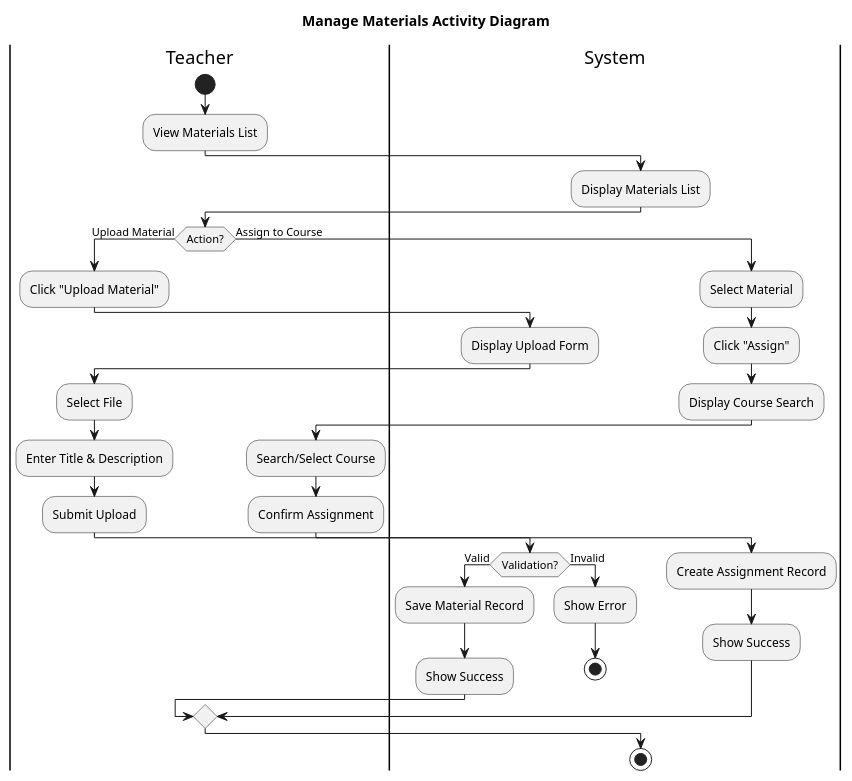
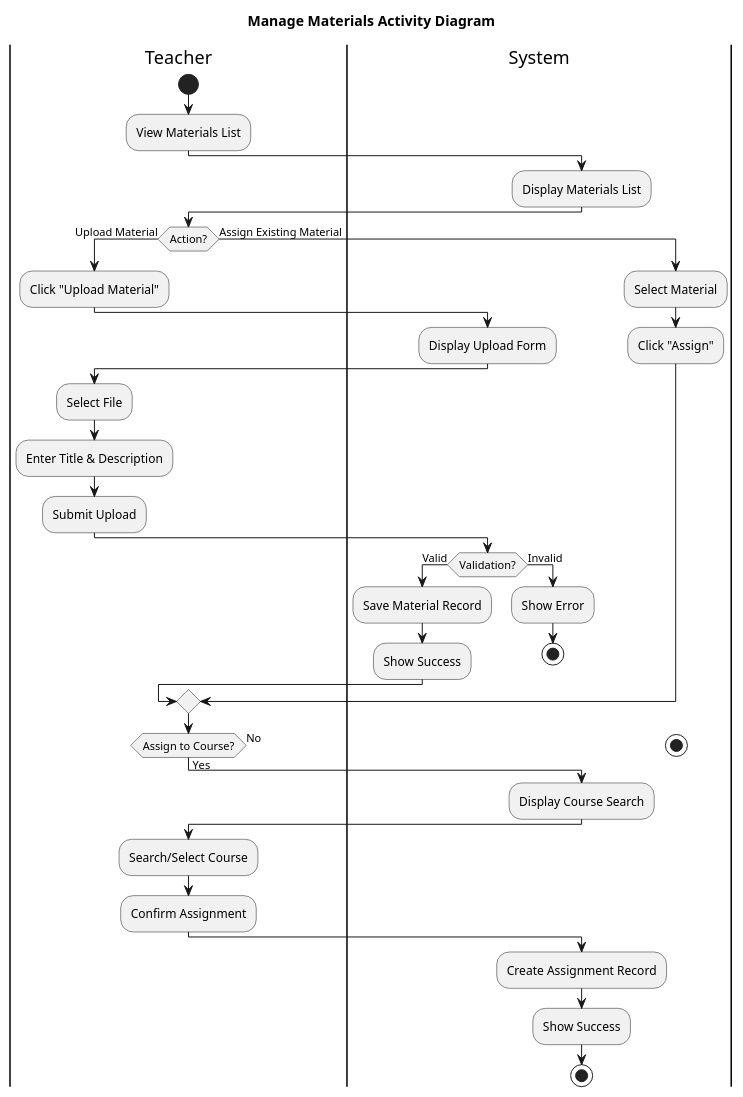
The diagram in design-summary/activity-diagram/activity-diagram-teacher-manage-materials.puml (rafifgpt21-ai/jalms), drawn with PlantUML before and after one commit. The commit also changed 20 other files, not shown here.

```diff
--- a/design-summary/activity-diagram/activity-diagram-teacher-manage-materials.puml
+++ b/design-summary/activity-diagram/activity-diagram-teacher-manage-materials.puml
@@ -1,39 +1,45 @@
 @startuml
 title Manage Materials Activity Diagram
 |Teacher|
 start
 :View Materials List;
 |System|
 :Display Materials List;
 |Teacher|
 if (Action?) then (Upload Material)
     :Click "Upload Material";
     |System|
     :Display Upload Form;
     |Teacher|
     :Select File;
     :Enter Title & Description;
     :Submit Upload;
     |System|
     if (Validation?) then (Valid)
         :Save Material Record;
         :Show Success;
     else (Invalid)
         :Show Error;
         stop
     endif
-else (Assign to Course)
+else (Assign Existing Material)
     :Select Material;
     :Click "Assign";
+endif
+
+|Teacher|
+if (Assign to Course?) then (Yes)
     |System|
     :Display Course Search;
     |Teacher|
     :Search/Select Course;
     :Confirm Assignment;
     |System|
     :Create Assignment Record;
     :Show Success;
+else (No)
+    stop
 endif
 
 stop
 @enduml
```
